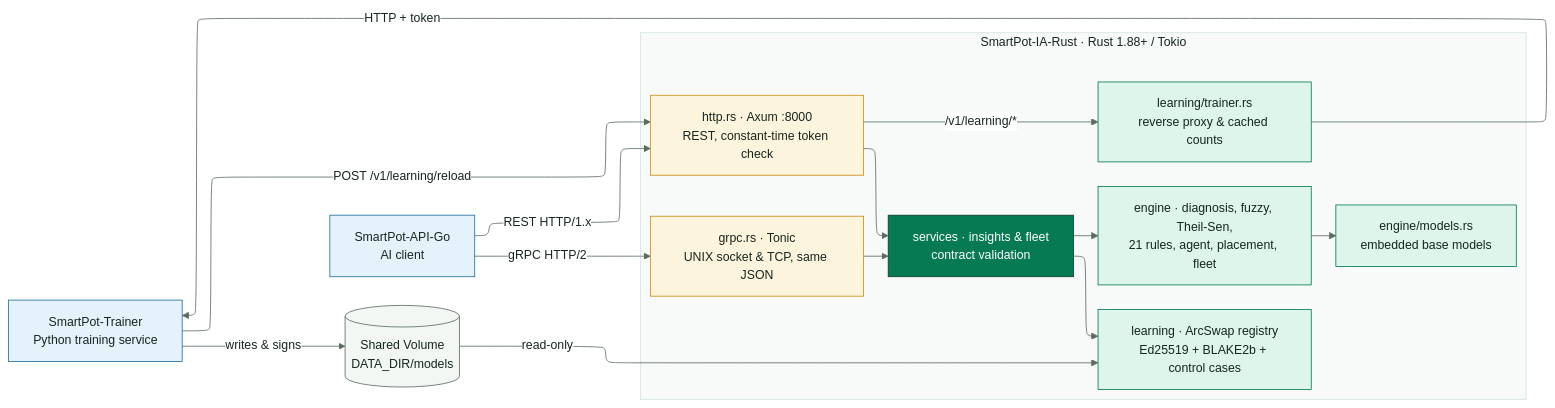
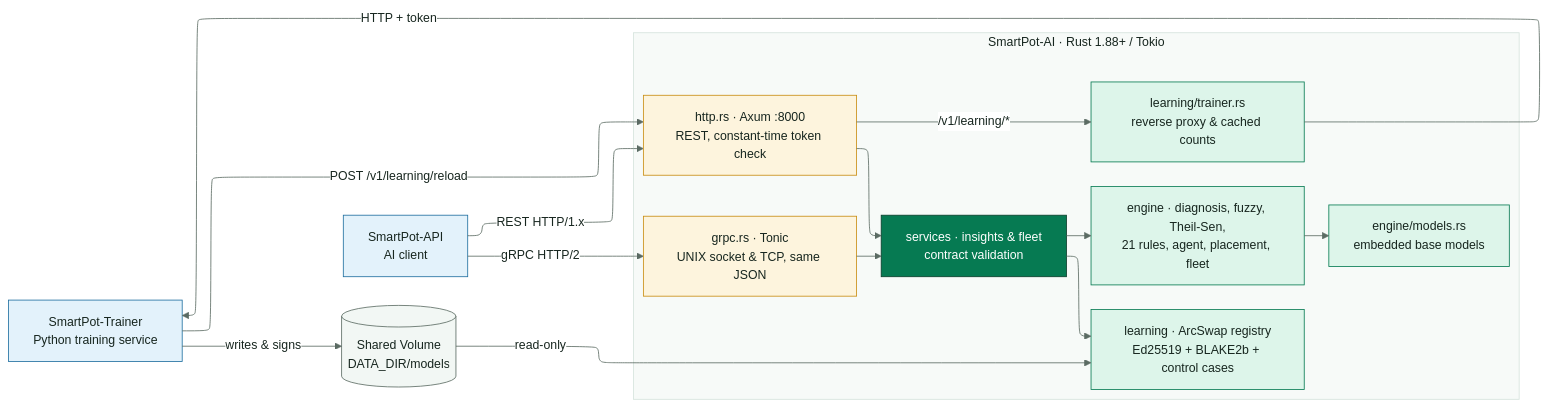
Before and after one commit to SmartPotTech/SmartPot-AI: the first of 6 diagrams in docs/SmartPot_IA_Rust_Documentation.md, drawn with Mermaid. The commit also changed other lines of this file and 4 other files, not shown here.

Commit message:
Update documentation and diagrams to reflect production Stack B [skip deploy] #no-deploy

````diff
--- a/docs/SmartPot_IA_Rust_Documentation.md
+++ b/docs/SmartPot_IA_Rust_Documentation.md
@@ -42,39 +42,39 @@
 ```mermaid
 %%{init: {"theme": "base", "fontFamily": "Segoe UI, Arial, sans-serif", "themeVariables": {"fontFamily": "Segoe UI, Arial, sans-serif", "fontSize": "15px", "primaryColor": "#DDF5EA", "primaryTextColor": "#17261F", "primaryBorderColor": "#067A52", "secondaryColor": "#E3F2FB", "secondaryTextColor": "#17261F", "secondaryBorderColor": "#1F6FA0", "tertiaryColor": "#F2F7F4", "tertiaryTextColor": "#17261F", "tertiaryBorderColor": "#D5E3DC", "lineColor": "#5B6B63", "textColor": "#17261F", "mainBkg": "#DDF5EA", "nodeBorder": "#067A52", "clusterBkg": "#F7FAF8", "clusterBorder": "#D5E3DC", "edgeLabelBackground": "#FFFFFF", "actorBkg": "#067A52", "actorBorder": "#0B3D2B", "actorTextColor": "#FFFFFF", "actorLineColor": "#5B6B63", "signalColor": "#17261F", "signalTextColor": "#17261F", "labelBoxBkgColor": "#0B3D2B", "labelBoxBorderColor": "#0B3D2B", "labelTextColor": "#FFFFFF", "loopTextColor": "#0B3D2B", "noteBkgColor": "#FDF4DD", "noteBorderColor": "#C98D12", "noteTextColor": "#17261F", "activationBkgColor": "#DDF5EA", "activationBorderColor": "#067A52", "attributeBackgroundColorOdd": "#FFFFFF", "attributeBackgroundColorEven": "#F2F7F4"}, "layout": "elk", "elk": {"nodePlacementStrategy": "BRANDES_KOEPF", "mergeEdges": false, "cycleBreakingStrategy": "GREEDY"}}}%%
 flowchart LR
-  api["SmartPot-API-Go<br/>AI client"]
+  api["SmartPot-API<br/>AI client"]
   trainer["SmartPot-Trainer<br/>Python training service"]
   shared[("Shared Volume<br/>DATA_DIR/models")]
-  subgraph ia["SmartPot-IA-Rust · Rust 1.88+ / Tokio"]
+  subgraph ia["SmartPot-AI · Rust 1.88+ / Tokio"]
     direction TB
     rest["http.rs · Axum :8000<br/>REST, constant-time token check"]
     grpc["grpc.rs · Tonic<br/>UNIX socket & TCP, same JSON"]
     services["services · insights & fleet<br/>contract validation"]
     engine["engine · diagnosis, fuzzy, Theil-Sen,<br/>21 rules, agent, placement, fleet"]
     base["engine/models.rs<br/>embedded base models"]
     learned["learning · ArcSwap registry<br/>Ed25519 + BLAKE2b + control cases"]
     proxy["learning/trainer.rs<br/>reverse proxy & cached counts"]
   end
   api -->|"REST HTTP/1.x"| rest
   api -->|"gRPC HTTP/2"| grpc
   rest & grpc --> services
   services --> engine
   engine --> base
   services --> learned
   rest -->|"/v1/learning/*"| proxy
   proxy -->|"HTTP + token"| trainer
   trainer -->|"writes & signs"| shared
   trainer -->|"POST /v1/learning/reload"| rest
   shared -->|"read-only"| learned
   classDef leaf fill:#DDF5EA,stroke:#067A52,color:#17261F
   classDef water fill:#E3F2FB,stroke:#1F6FA0,color:#17261F
   classDef sun fill:#FDF4DD,stroke:#C98D12,color:#17261F
   classDef clay fill:#FBE9E1,stroke:#B85A38,color:#17261F
   classDef core fill:#067A52,stroke:#0B3D2B,color:#FFFFFF
   classDef muted fill:#F2F7F4,stroke:#5B6B63,color:#17261F
   class api,trainer water
   class shared muted
   class rest,grpc sun
   class services core
   class engine,base,learned,proxy leaf
 ```
````
